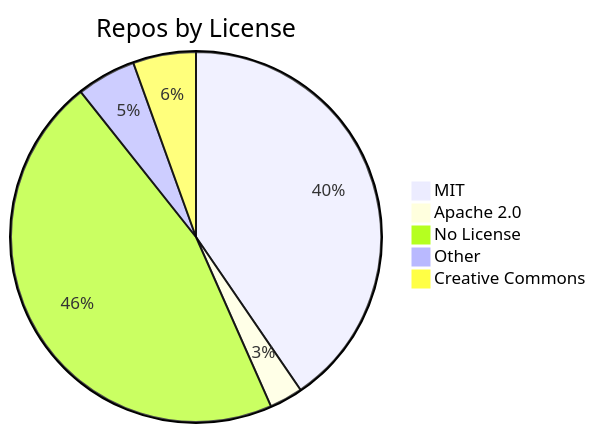
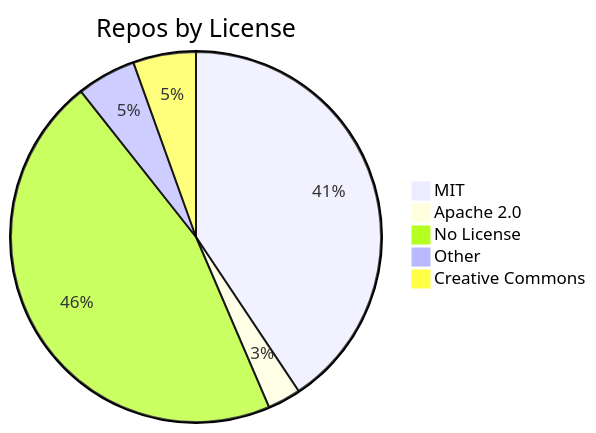
The diagram in README.md (jpatterson933/awesome-mcp-server-repo-index), drawn with Mermaid before and after one commit. The commit also changed other lines of this file and 3 other files, not shown here.

````diff
--- a/README.md
+++ b/README.md
@@ -29,8 +29,8 @@
 ```mermaid
 pie title Repos by License
-    "MIT" : 125
+    "MIT" : 126
     "Apache 2.0" : 9
     "No License" : 142
     "Other" : 16
     "Creative Commons" : 17
 ```
````
